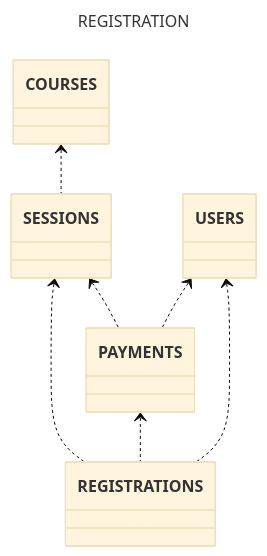
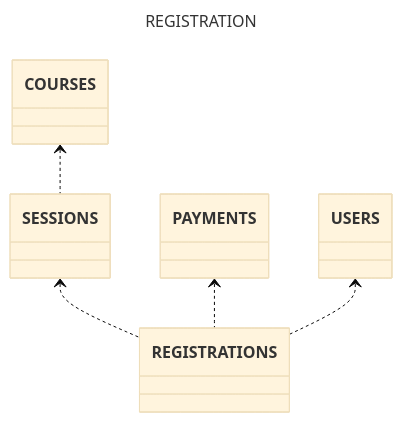
Before and after one commit to next-step/java-lms: the diagram in docs/step2.md, drawn with Mermaid (base theme).

Commit message:
docs: 도메인 관계 수정(payment 의존관계)

````diff
--- a/docs/step2.md
+++ b/docs/step2.md
@@ -63,12 +63,10 @@
 ```mermaid
 ---
 title: REGISTRATION
 ---
 classDiagram
     COURSES <.. SESSIONS
-    SESSIONS <.. PAYMENTS
-    USERS <.. PAYMENTS
     SESSIONS <.. REGISTRATIONS
     PAYMENTS <.. REGISTRATIONS
     USERS <.. REGISTRATIONS
 ```
````
